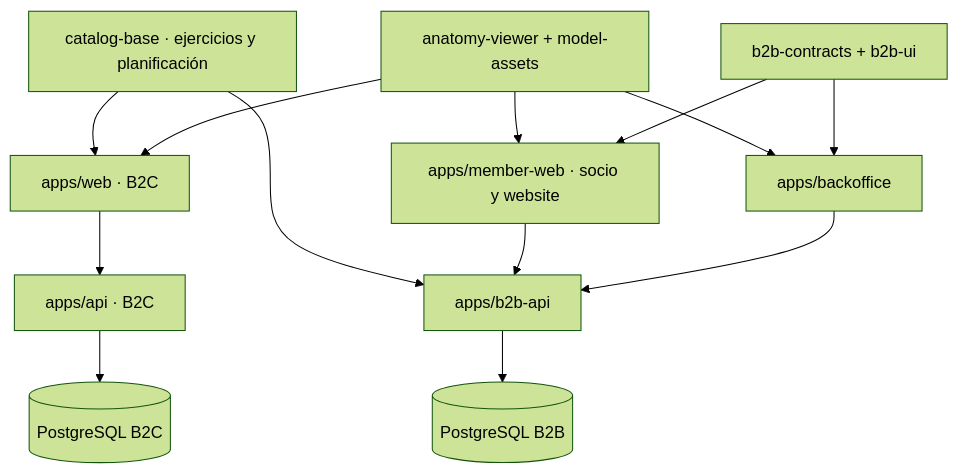
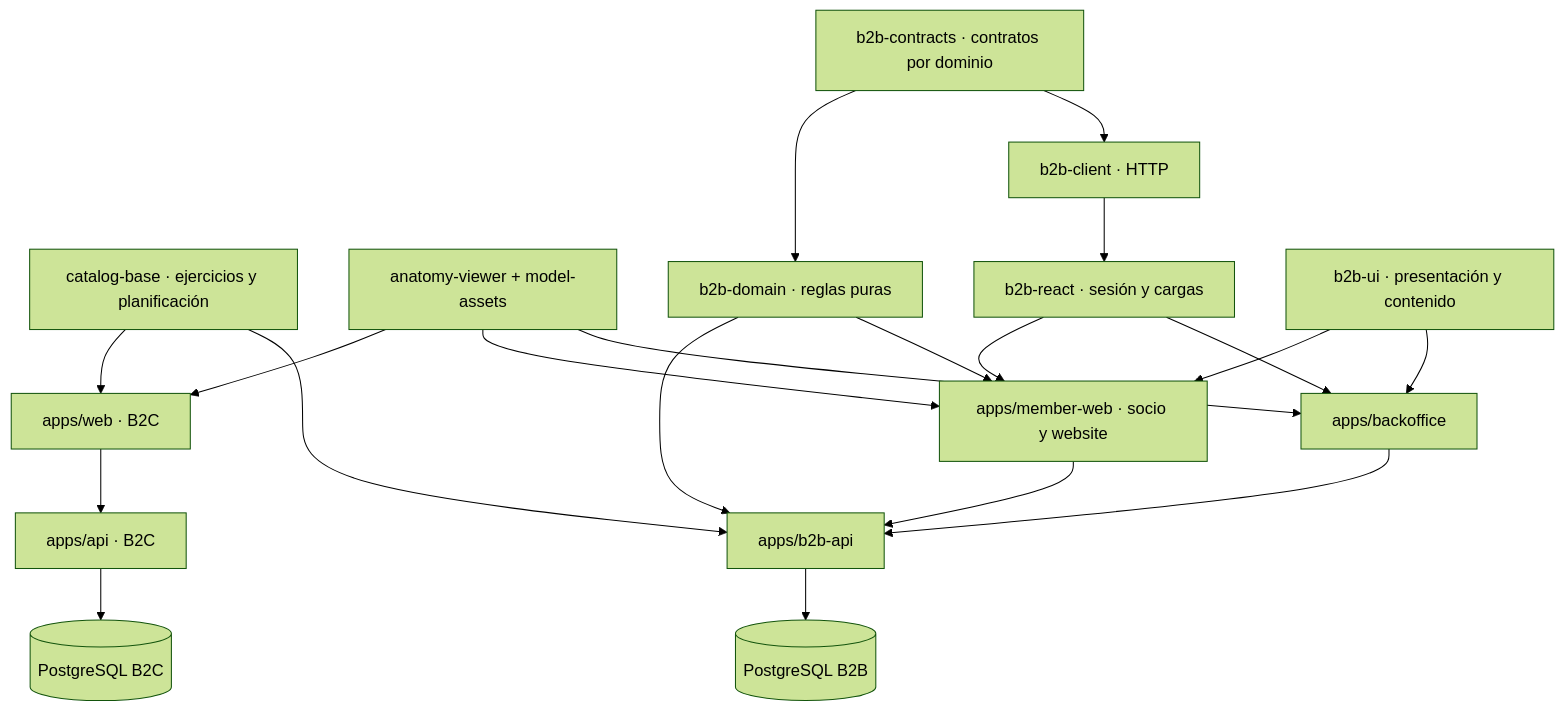
Before and after one commit to pablitxn/klisteniapp: the diagram in docs/b2b.md, drawn with Mermaid (forest theme). The commit also changed other lines of this file and 85 other files, not shown here.

````diff
--- a/docs/b2b.md
+++ b/docs/b2b.md
@@ -7,15 +7,22 @@
 ```mermaid
 flowchart TB
   Catalog["catalog-base · ejercicios y planificación"] --> B2C["apps/web · B2C"]
   Viewer["anatomy-viewer + model-assets"] --> B2C
   Catalog --> Business["apps/b2b-api"]
   Viewer --> Member["apps/member-web · socio y website"]
   Viewer --> Office["apps/backoffice"]
-  Contracts["b2b-contracts + b2b-ui"] --> Member
-  Contracts --> Office
+  Contracts["b2b-contracts · contratos por dominio"] --> Domain["b2b-domain · reglas puras"]
+  Contracts --> Client["b2b-client · HTTP"]
+  Client --> React["b2b-react · sesión y cargas"]
+  React --> Member
+  React --> Office
+  Domain --> Business
+  Domain --> Member
+  UI["b2b-ui · presentación y contenido"] --> Member
+  UI --> Office
   Member --> Business
   Office --> Business
   Business --> BDB[(PostgreSQL B2B)]
   B2C --> API["apps/api · B2C"]
   API --> CDB[(PostgreSQL B2C)]
 ```
````
